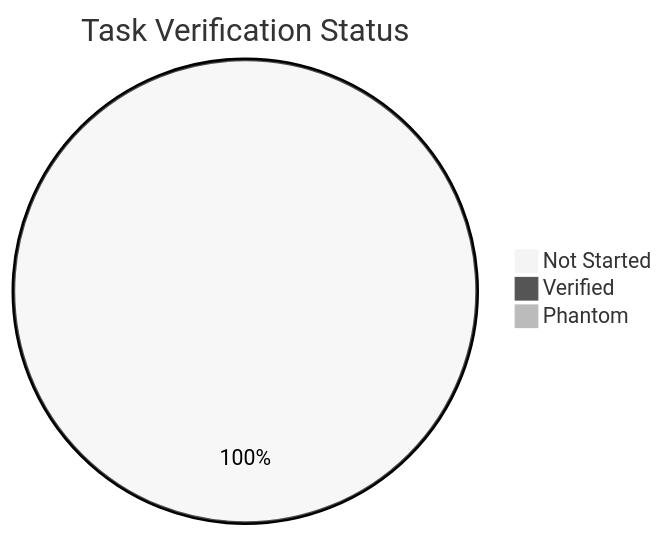
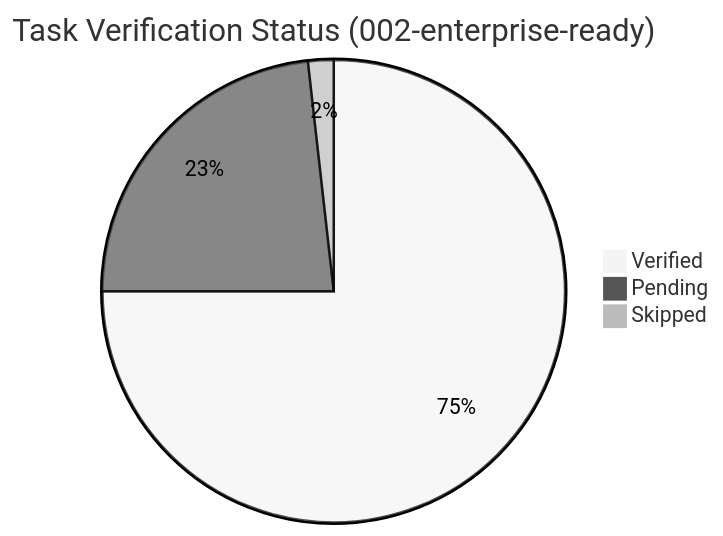
The diagram in .specs/002-enterprise-ready/VERIFICATION.md (Julianson/specky), drawn with Mermaid (neutral theme) before and after one commit. The commit also changed other lines of this file and 50 other files, not shown here.

````diff
--- a/.specs/002-enterprise-ready/VERIFICATION.md
+++ b/.specs/002-enterprise-ready/VERIFICATION.md
@@ -116,6 +136,6 @@
 ```mermaid
-pie title Task Verification Status
-    "Not Started" : 56
-    "Verified" : 0
-    "Phantom" : 0
+pie title Task Verification Status (002-enterprise-ready)
+    "Verified" : 42
+    "Pending" : 13
+    "Skipped" : 1
 ```
````
